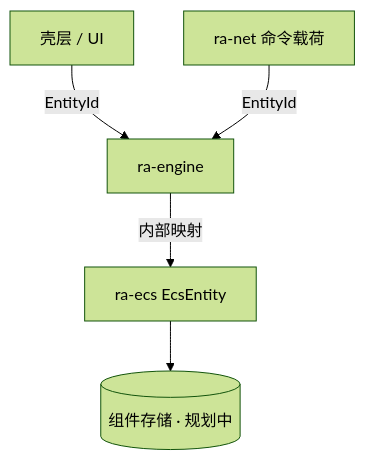
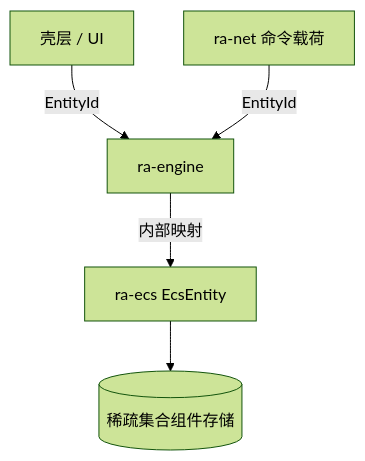
One commit to rust-alert/ra2.exe changed the first of 3 diagrams in projects/engine/ra-ecs/readme.md. Above: the diagram before and after it, drawn with Mermaid (forest theme). The commit also changed other lines of this file and 7 other files, not shown here.

````diff
--- a/projects/engine/ra-ecs/readme.md
+++ b/projects/engine/ra-ecs/readme.md
@@ -27,7 +23,7 @@
 ```mermaid
 flowchart TB
   UI[壳层 / UI] -->|EntityId| ENG[ra-engine]
   NET[ra-net 命令载荷] -->|EntityId| ENG
   ENG -->|内部映射| ECS[ra-ecs EcsEntity]
-  ECS --> STORE[(组件存储 · 规划中)]
+  ECS --> STORE[(稀疏集合组件存储)]
 ```
````
